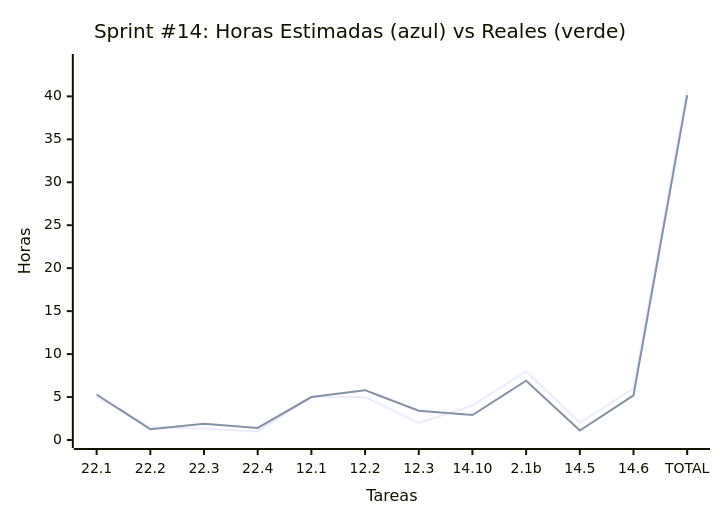
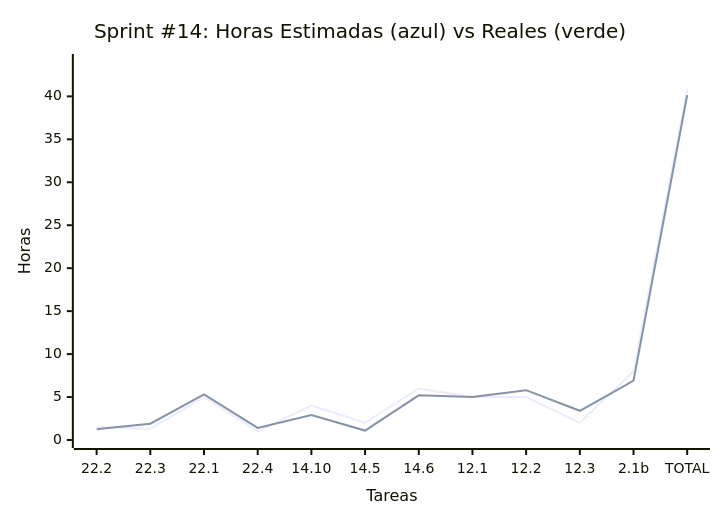
Diagram 14 of 15 in docs/SprintsPlanning.md (MarkMed/FleetMan), drawn with Mermaid before and after one commit. The commit also changed other lines of this file, not shown here.

Commit message:
feat: update sprint planning document with revised task estimates and chart adjustments

````diff
--- a/docs/SprintsPlanning.md
+++ b/docs/SprintsPlanning.md
@@ -824,9 +824,9 @@
 ```mermaid
 xychart-beta
     title "Sprint #14: Horas Estimadas (azul) vs Reales (verde)"
-    x-axis "Tareas" ["22.1", "22.2", "22.3", "22.4", "12.1", "12.2", "12.3", "14.10", "2.1b", "14.5", "14.6", "TOTAL"]
+    x-axis "Tareas" ["22.2", "22.3", "22.1", "22.4", "14.10", "14.5", "14.6", "12.1", "12.2", "12.3", "2.1b", "TOTAL"]
     y-axis "Horas" 0 --> 44
     
-    line [5, 1.5, 1.3, 1, 5, 5, 2, 4, 8, 2, 6, 40.8]
-    line [5.3, 1.25, 1.9, 1.4, 5, 5.8, 3.4, 2.9, 6.9, 1.1, 5.2, 40.15]
+    line [1.5, 1.3, 5, 1, 4, 2, 6, 5, 5, 2, 8, 40.8]
+    line [1.25, 1.9, 5.3, 1.4, 2.9, 1.1, 5.2, 5, 5.8, 3.4, 6.9, 40.15]
 ```
````
